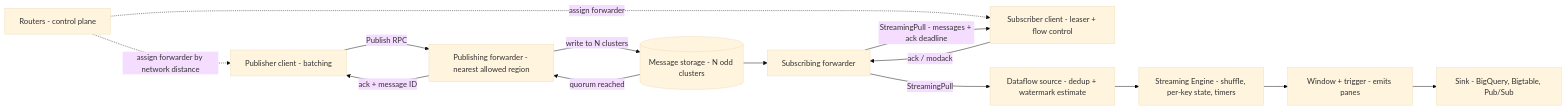
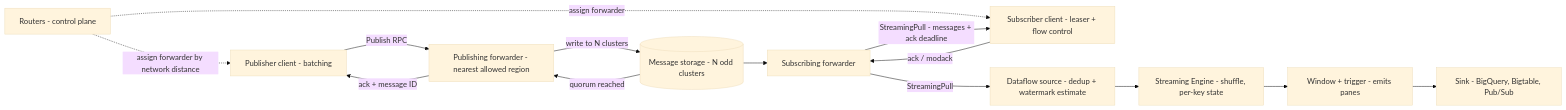
The diagram in 17-Cloud-AI-Engineering/Volume_03_GCP_Deep_Dive/Chapter_14_Messaging_and_Streaming_Cloud_Pub_Sub_and_Dataflow.md (shreejitverma/SDE-Interview-Prep), drawn with Mermaid (base theme) before and after one commit. The commit also changed other lines of this file and 143 other files, not shown here.

````diff
--- a/17-Cloud-AI-Engineering/Volume_03_GCP_Deep_Dive/Chapter_14_Messaging_and_Streaming_Cloud_Pub_Sub_and_Dataflow.md
+++ b/17-Cloud-AI-Engineering/Volume_03_GCP_Deep_Dive/Chapter_14_Messaging_and_Streaming_Cloud_Pub_Sub_and_Dataflow.md
@@ -33,16 +61,16 @@
 ```mermaid
 flowchart LR
   R["Routers - control plane"] -.->|"assign forwarder by network distance"| P["Publisher client - batching"]
   R -.->|"assign forwarder"| SUB["Subscriber client - leaser + flow control"]
   P -->|"Publish RPC"| PF["Publishing forwarder - nearest allowed region"]
   PF -->|"write to N clusters"| ST[("Message storage - N odd clusters")]
   ST -->|"quorum reached"| PF
   PF -->|"ack + message ID"| P
   ST --> SF["Subscribing forwarder"]
   SF -->|"StreamingPull - messages + ack deadline"| SUB
   SUB -->|"ack / modack"| SF
   SF -->|"StreamingPull"| DFS["Dataflow source - dedup + watermark estimate"]
-  DFS --> SE["Streaming Engine - shuffle, per-key state, timers"]
+  DFS --> SE["Streaming Engine - shuffle, per-key state"]
   SE --> WT["Window + trigger - emits panes"]
   WT --> SK["Sink - BigQuery, Bigtable, Pub/Sub"]
 ```
````
